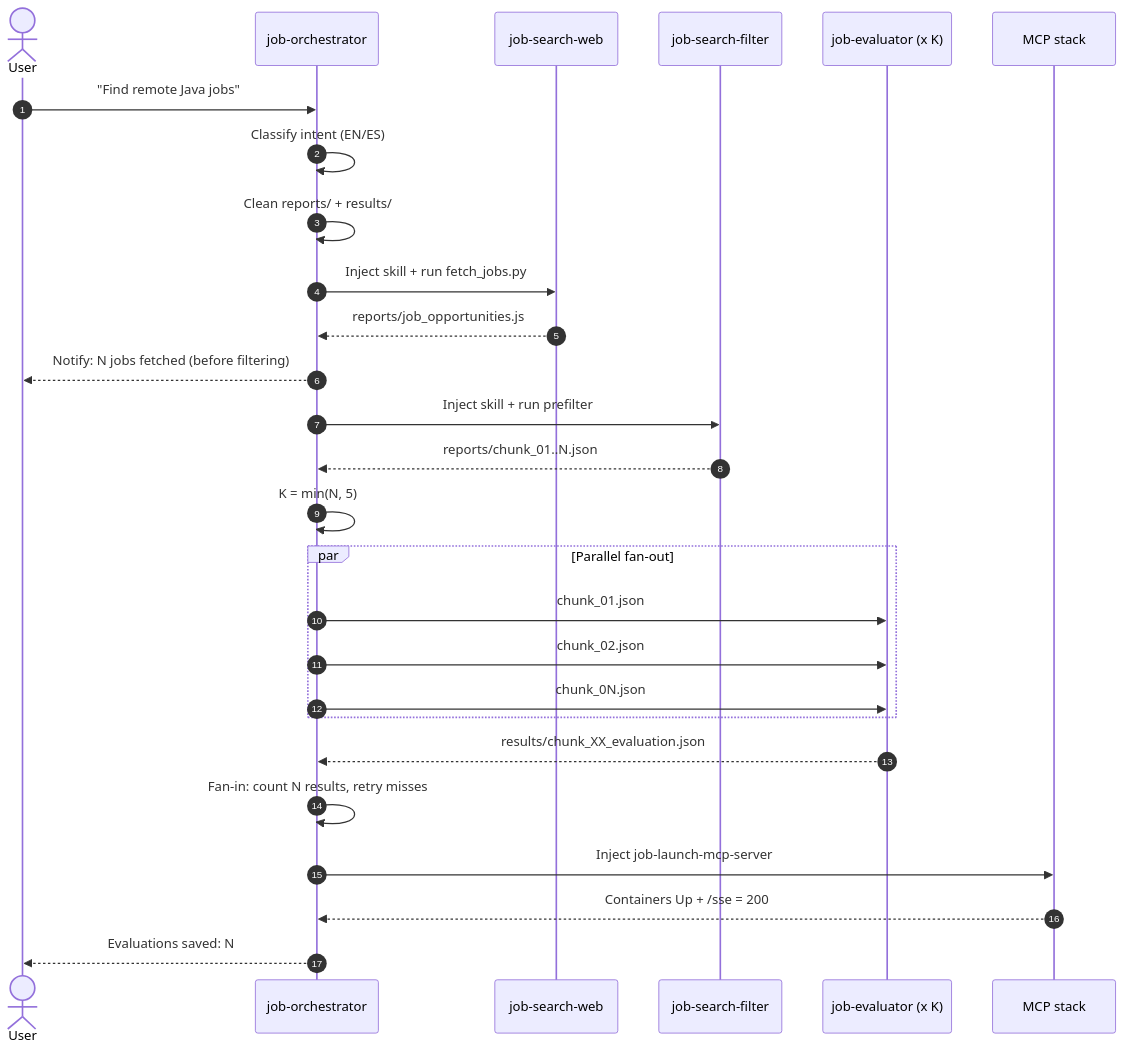
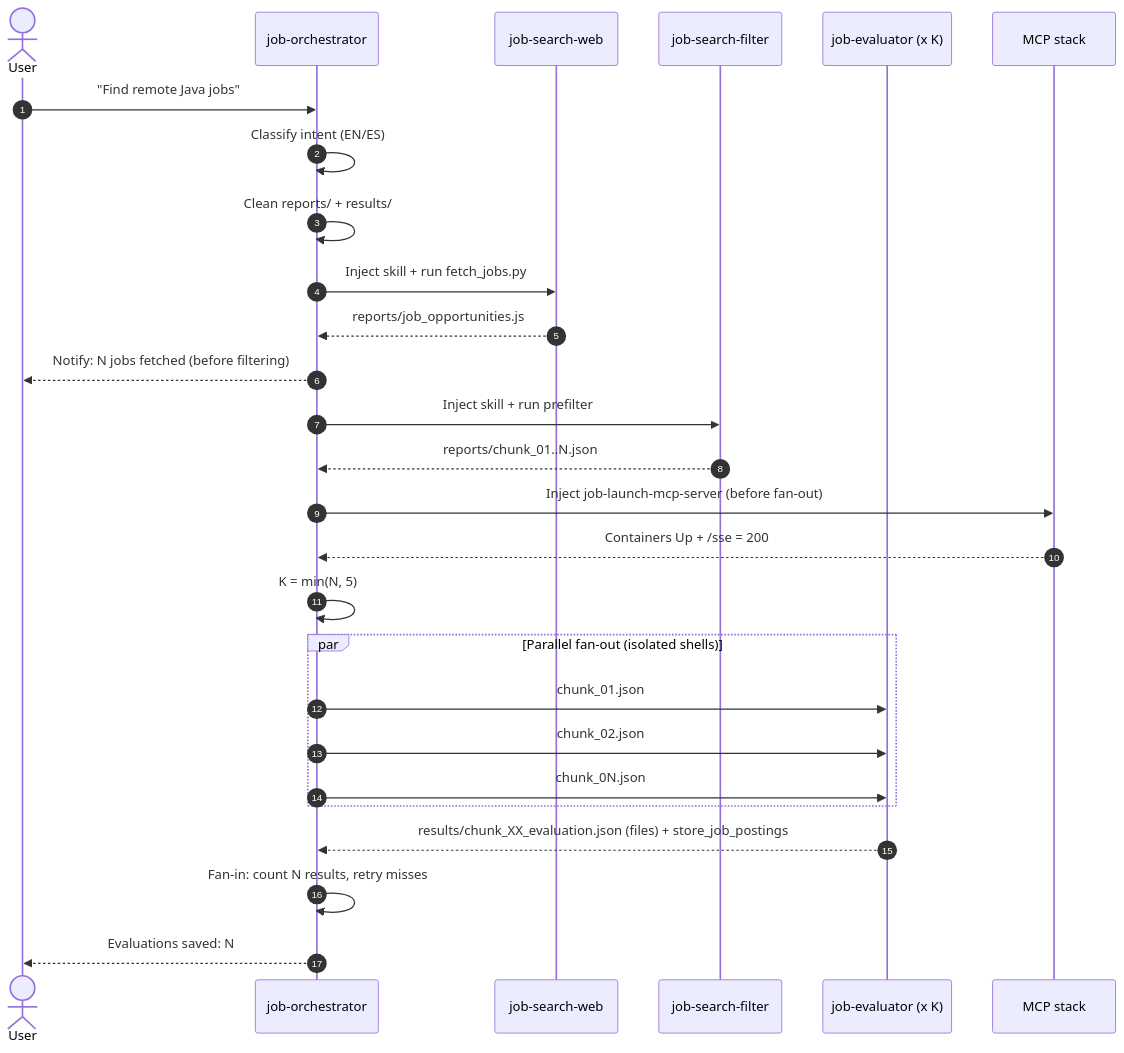
The second of 4 diagrams in README.md (caupolicanquerales/agent_hunter_job), drawn with Mermaid before and after one commit. The commit also changed other lines of this file, not shown here.

````diff
--- a/README.md
+++ b/README.md
@@ -126,30 +138,30 @@
 ```mermaid
 sequenceDiagram
     autonumber
     actor U as User
     participant O as job-orchestrator
     participant W as job-search-web
     participant F as job-search-filter
     participant E as job-evaluator (x K)
     participant M as MCP stack
 
     U->>O: "Find remote Java jobs"
     O->>O: Classify intent (EN/ES)
     O->>O: Clean reports/ + results/
     O->>W: Inject skill + run fetch_jobs.py
     W-->>O: reports/job_opportunities.js
     O-->>U: Notify: N jobs fetched (before filtering)
     O->>F: Inject skill + run prefilter
     F-->>O: reports/chunk_01..N.json
+    O->>M: Inject job-launch-mcp-server (before fan-out)
+    M-->>O: Containers Up + /sse = 200
     O->>O: K = min(N, 5)
-    par Parallel fan-out
+    par Parallel fan-out (isolated shells)
         O->>E: chunk_01.json
         O->>E: chunk_02.json
         O->>E: chunk_0N.json
     end
-    E-->>O: results/chunk_XX_evaluation.json
+    E-->>O: results/chunk_XX_evaluation.json (files) + store_job_postings
     O->>O: Fan-in: count N results, retry misses
-    O->>M: Inject job-launch-mcp-server
-    M-->>O: Containers Up + /sse = 200
     O-->>U: Evaluations saved: N
 ```
````
